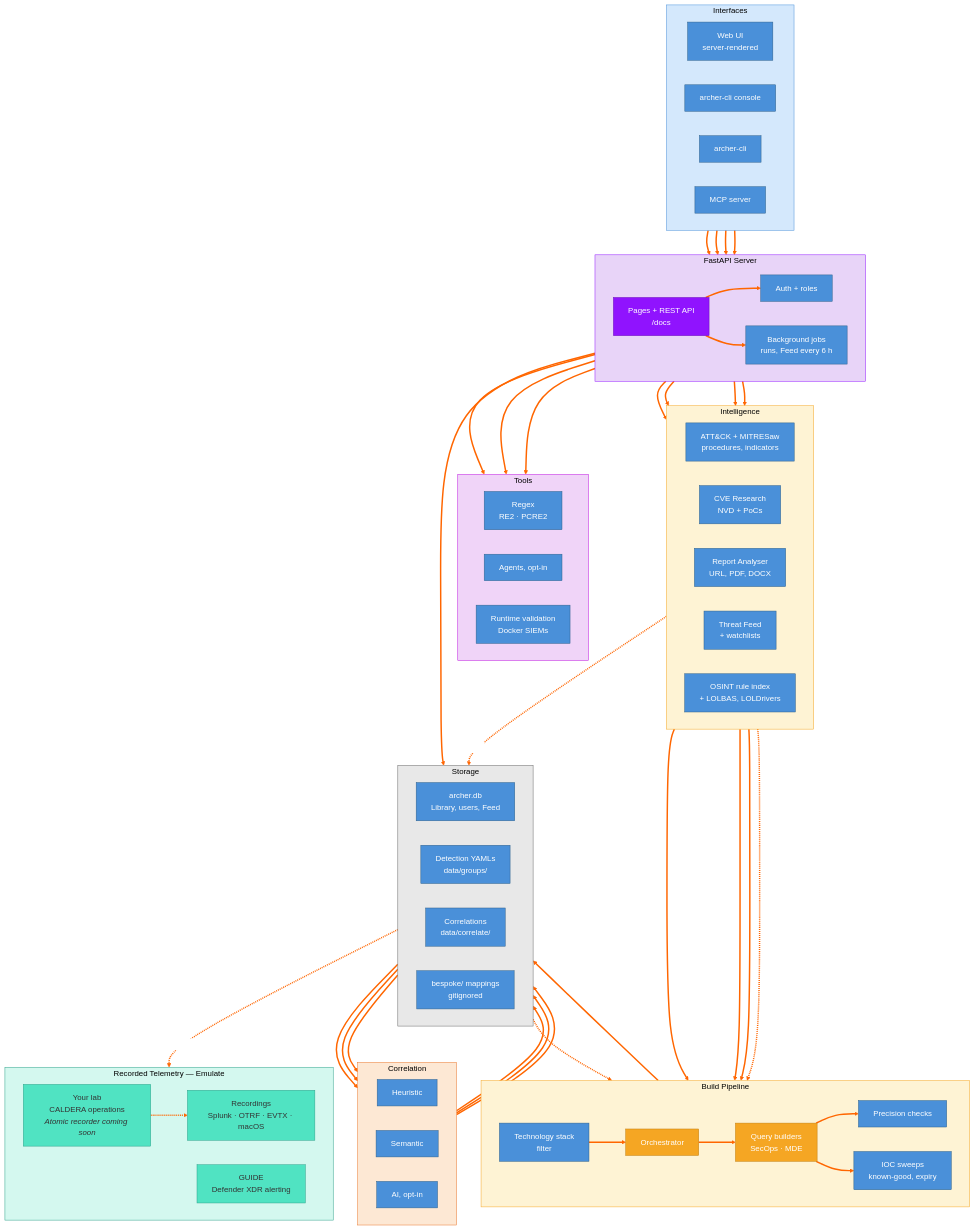
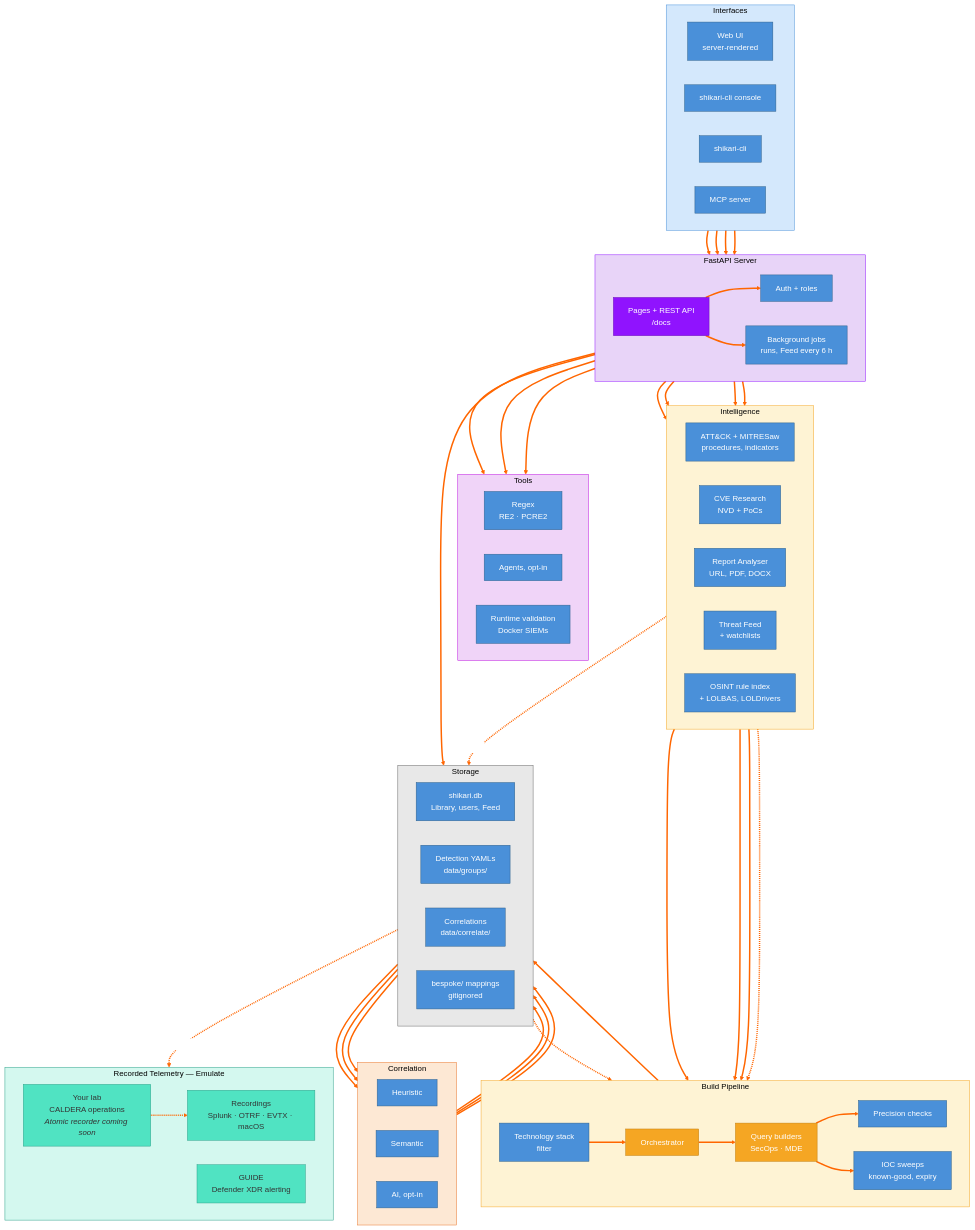
The sixth of 15 diagrams in docs/architecture/mermaid/MERMAID_DIAGRAMS.md (cmdaltr/shikari), drawn with Mermaid before and after one commit. The commit also changed other lines of this file and 1000 other files, not shown here.

First line of the commit message:
refactor(brand): rename archer -> shikari and rebrand the UI

```diff
--- a/docs/architecture/mermaid/MERMAID_DIAGRAMS.md
+++ b/docs/architecture/mermaid/MERMAID_DIAGRAMS.md
@@ -367,8 +367,8 @@
     subgraph IFACE ["Interfaces"]
         direction LR
         WEB["Web UI<br/>server-rendered"]
-        CON["archer-cli console"]
-        CLI["archer-cli"]
+        CON["shikari-cli console"]
+        CLI["shikari-cli"]
         MCP["MCP server"]
     end
 
@@ -420,7 +420,7 @@
 
     subgraph STORE ["Storage"]
         direction LR
-        DB["archer.db<br/>Library, users, Feed"]
+        DB["shikari.db<br/>Library, users, Feed"]
         YAML["Detection YAMLs<br/>data/groups/"]
         CJSON["Correlations<br/>data/correlate/"]
         BESPOKE["bespoke/ mappings<br/>gitignored"]
```
